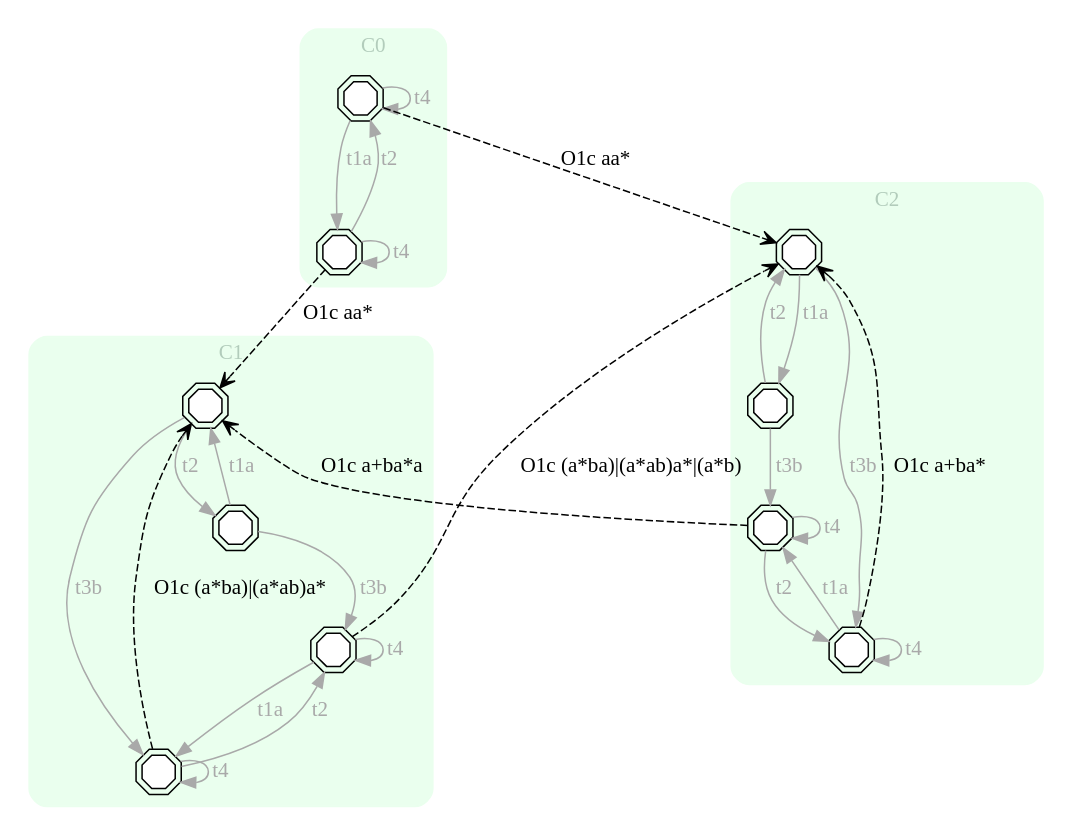
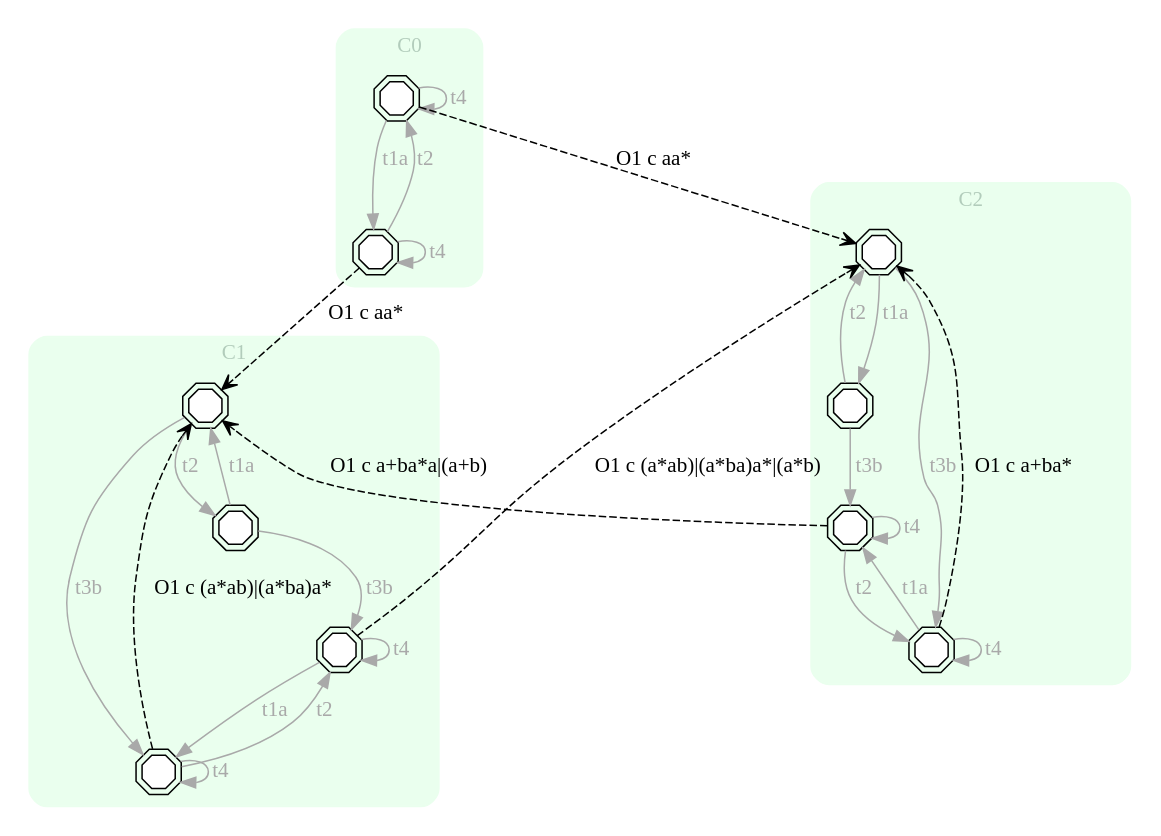
One commit to Stefano-BS/Explanatory-Diagnosis changed the diagram in input/r_PEX.dot. Above: the diagram before and after it, drawn with Graphviz. The commit also changed 40 other files, not shown here.

```diff
--- a/input/r_PEX.dot
+++ b/input/r_PEX.dot
@@ -1,51 +1,51 @@
 digraph "EXPinput/r" {
 node [style=filled fillcolor=white]
 subgraph cluster0 {
 style="rounded,filled" label="C0" fontcolor="#B2CCBB" color="#EAFFEE"
 edge[color=darkgray fontcolor=darkgray]
 node [shape=doubleoctagon width=0.3 height=0.3]; C0S0 [label=""];
 node [shape=doubleoctagon width=0.3 height=0.3]; C0S1 [label=""];
 C0S0 -> C0S0 [label=t4]
 C0S0 -> C0S1 [label=t1a]
 C0S1 -> C0S1 [label=t4]
 C0S1 -> C0S0 [label=t2]
 }
 subgraph cluster1 {
 style="rounded,filled" label="C1" fontcolor="#B2CCBB" color="#EAFFEE"
 edge[color=darkgray fontcolor=darkgray]
 node [shape=doubleoctagon width=0.3 height=0.3]; C1S0 [label=""];
 node [shape=doubleoctagon width=0.3 height=0.3]; C1S1 [label=""];
 node [shape=doubleoctagon width=0.3 height=0.3]; C1S2 [label=""];
 node [shape=doubleoctagon width=0.3 height=0.3]; C1S3 [label=""];
 C1S0 -> C1S3 [label=t3b]
 C1S0 -> C1S1 [label=t2]
 C1S1 -> C1S2 [label=t3b]
 C1S1 -> C1S0 [label=t1a]
 C1S2 -> C1S2 [label=t4]
 C1S2 -> C1S3 [label=t1a]
 C1S3 -> C1S3 [label=t4]
 C1S3 -> C1S2 [label=t2]
 }
 subgraph cluster2 {
 style="rounded,filled" label="C2" fontcolor="#B2CCBB" color="#EAFFEE"
 edge[color=darkgray fontcolor=darkgray]
 node [shape=doubleoctagon width=0.3 height=0.3]; C2S0 [label=""];
 node [shape=doubleoctagon width=0.3 height=0.3]; C2S1 [label=""];
 node [shape=doubleoctagon width=0.3 height=0.3]; C2S2 [label=""];
 node [shape=doubleoctagon width=0.3 height=0.3]; C2S3 [label=""];
 C2S0 -> C2S3 [label=t3b]
 C2S0 -> C2S1 [label=t1a]
 C2S1 -> C2S2 [label=t3b]
 C2S1 -> C2S0 [label=t2]
 C2S2 -> C2S2 [label=t4]
 C2S2 -> C2S3 [label=t2]
 C2S3 -> C2S3 [label=t4]
 C2S3 -> C2S2 [label=t1a]
 }
-C1S3 -> C1S0 [style=dashed arrowhead=vee label="O1c (a*ba)|(a*ab)a*"]
-C0S1 -> C1S0 [style=dashed arrowhead=vee label="O1c aa*"]
-C2S3 -> C2S0 [style=dashed arrowhead=vee label="O1c a+ba*"]
-C1S2 -> C2S0 [style=dashed arrowhead=vee label="O1c (a*ba)|(a*ab)a*|(a*b)"]
-C0S0 -> C2S0 [style=dashed arrowhead=vee label="O1c aa*"]
-C2S2 -> C1S0 [style=dashed arrowhead=vee label="O1c a+ba*a"]
+C1S3 -> C1S0 [style=dashed arrowhead=vee label="O1 c (a*ab)|(a*ba)a*"]
+C0S1 -> C1S0 [style=dashed arrowhead=vee label="O1 c aa*"]
+C2S3 -> C2S0 [style=dashed arrowhead=vee label="O1 c a+ba*"]
+C1S2 -> C2S0 [style=dashed arrowhead=vee label="O1 c (a*ab)|(a*ba)a*|(a*b)"]
+C0S0 -> C2S0 [style=dashed arrowhead=vee label="O1 c aa*"]
+C2S2 -> C1S0 [style=dashed arrowhead=vee label="O1 c a+ba*a|(a+b)"]
 }
```
